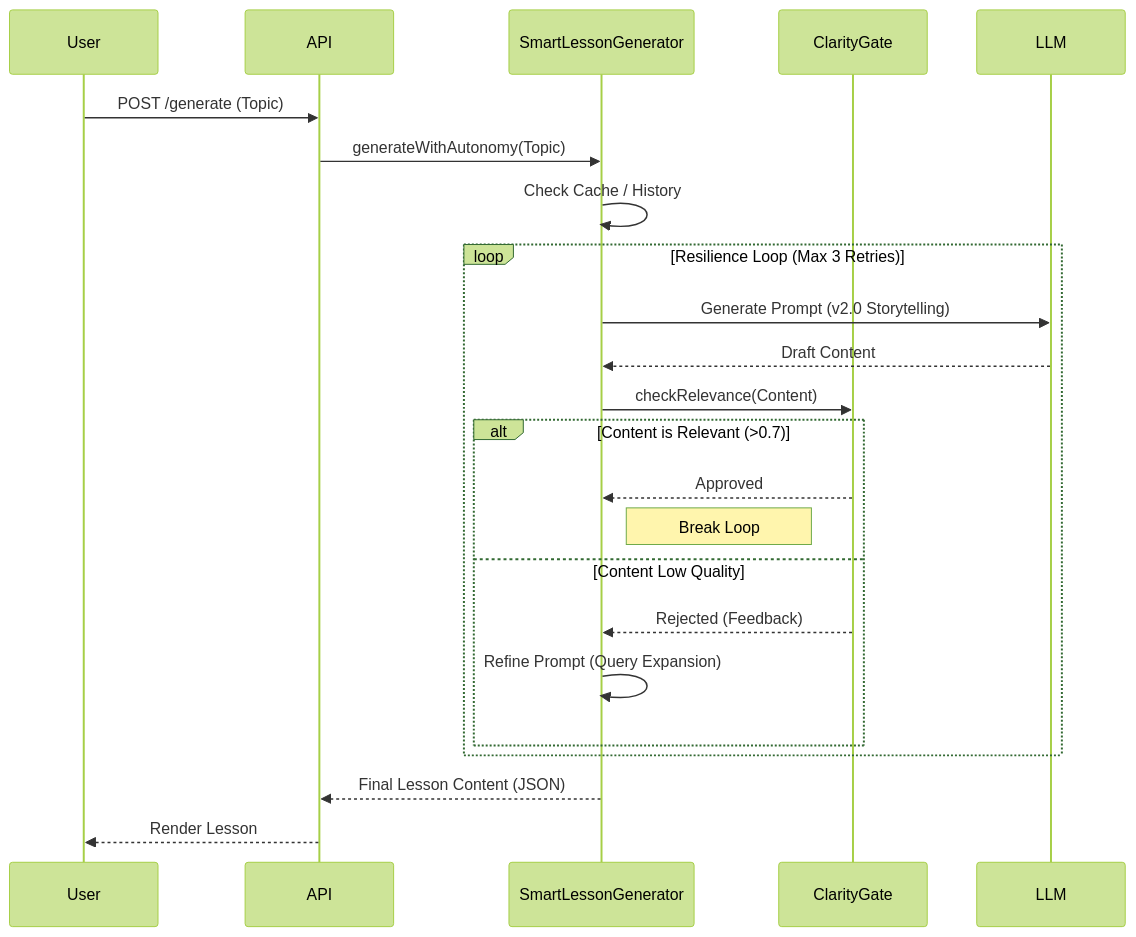
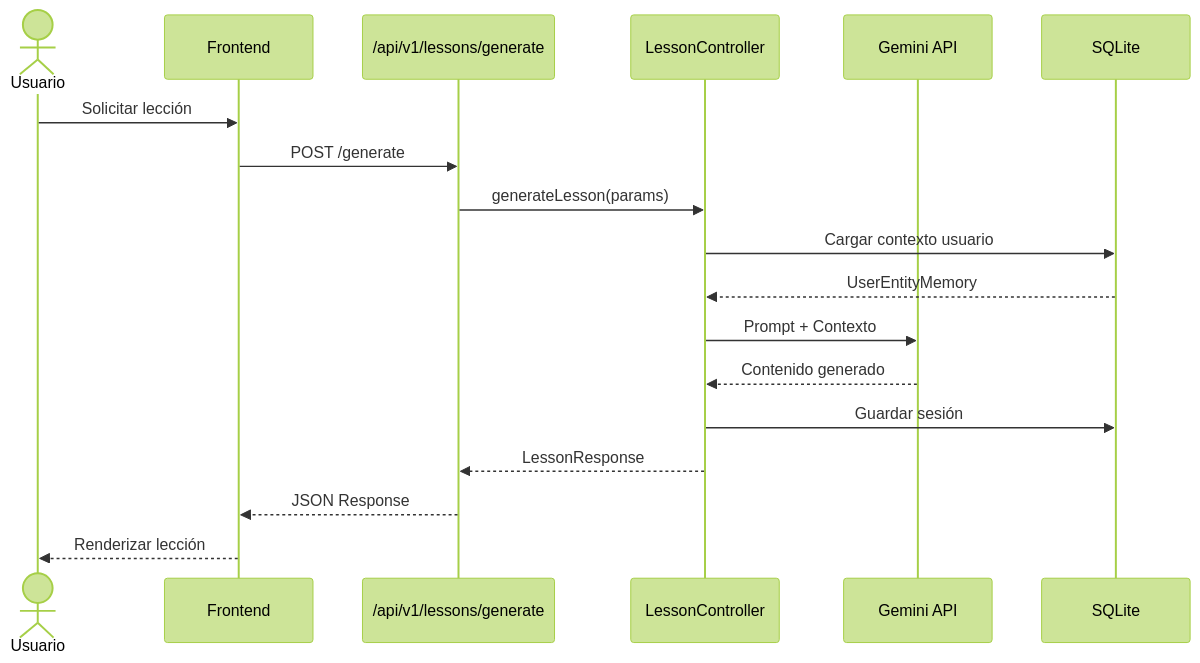
One commit to JantonioFC/aicodementorbetatestGAMMA changed the second of 5 diagrams in docs/ARCHITECTURE_DIAGRAMS.md. Above: the diagram before and after it, drawn with Mermaid (forest theme). The commit also changed other lines of this file and 5 other files, not shown here.

Commit message:
feat(round9): Workflow Skills - Architecture Diagrams, Issue Templates, Feature Checklist, AI Protocol, Validation Script

````diff
--- a/docs/ARCHITECTURE_DIAGRAMS.md
+++ b/docs/ARCHITECTURE_DIAGRAMS.md
@@ -32,29 +38,21 @@
 ```mermaid
 sequenceDiagram
-    participant User
-    participant API
-    participant Agent as SmartLessonGenerator
-    participant Gate as ClarityGate
-    participant LLM
+    actor U as Usuario
+    participant FE as Frontend
+    participant API as /api/v1/lessons/generate
+    participant LC as LessonController
+    participant AI as Gemini API
+    participant DB as SQLite
 
-    User->>API: POST /generate (Topic)
-    API->>Agent: generateWithAutonomy(Topic)
-    Agent->>Agent: Check Cache / History
-    
-    loop Resilience Loop (Max 3 Retries)
-        Agent->>LLM: Generate Prompt (v2.0 Storytelling)
-        LLM-->>Agent: Draft Content
-        Agent->>Gate: checkRelevance(Content)
-        
-        alt Content is Relevant (>0.7)
-            Gate-->>Agent: Approved
-            Note right of Agent: Break Loop
-        else Content Low Quality
-            Gate-->>Agent: Rejected (Feedback)
-            Agent->>Agent: Refine Prompt (Query Expansion)
-        end
-    end
-    
-    Agent-->>API: Final Lesson Content (JSON)
-    API-->>User: Render Lesson
+    U->>FE: Solicitar lección
+    FE->>API: POST /generate
+    API->>LC: generateLesson(params)
+    LC->>DB: Cargar contexto usuario
+    DB-->>LC: UserEntityMemory
+    LC->>AI: Prompt + Contexto
+    AI-->>LC: Contenido generado
+    LC->>DB: Guardar sesión
+    LC-->>API: LessonResponse
+    API-->>FE: JSON Response
+    FE-->>U: Renderizar lección
 ```
````
